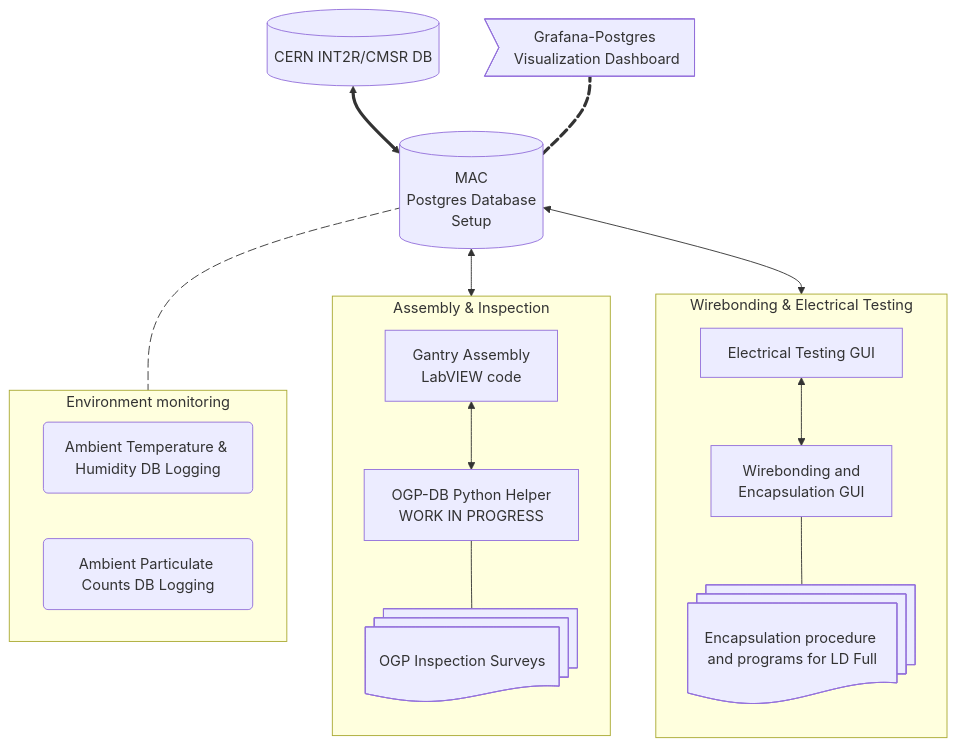
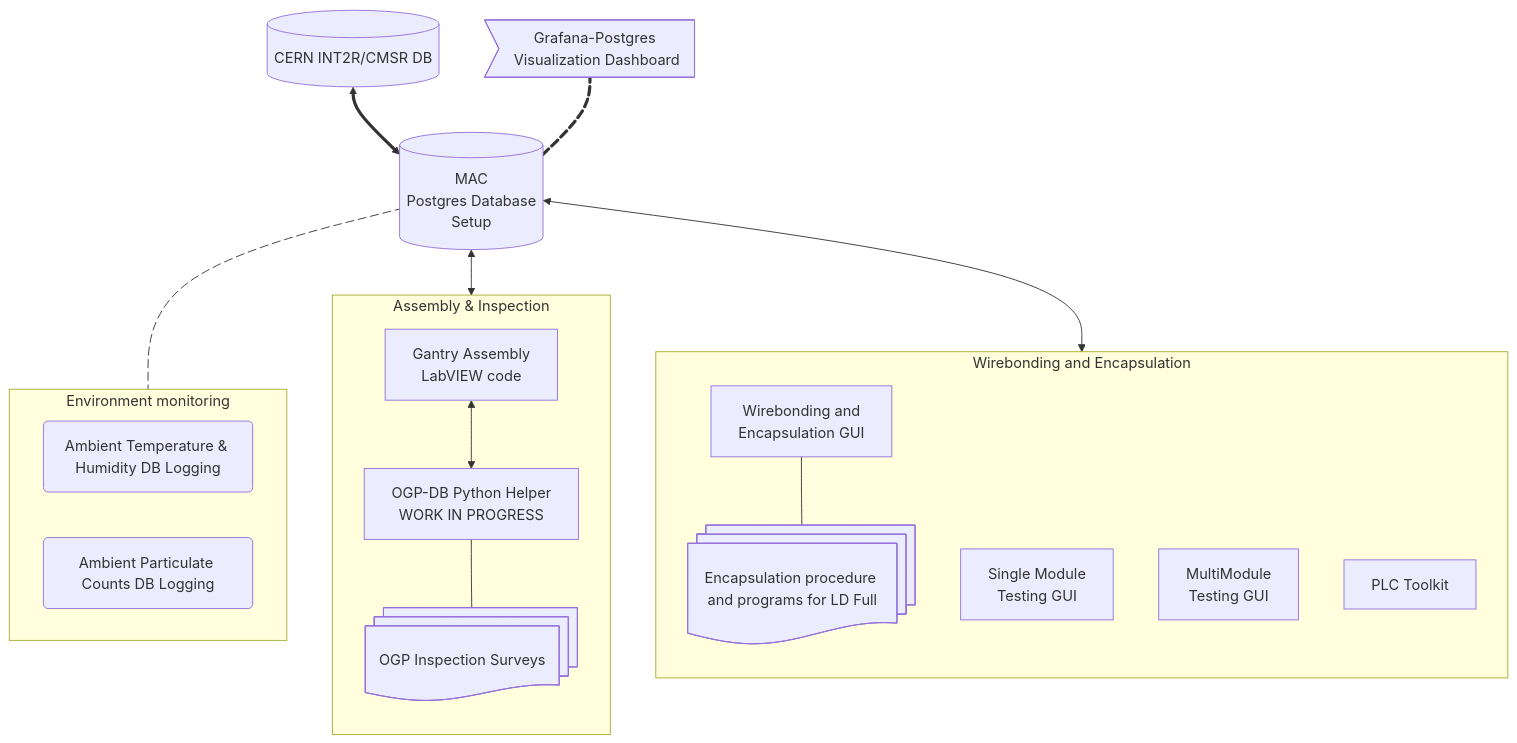
Before and after one commit to cmu-hgc-mac/.github: the diagram in profile/README.md, drawn with Mermaid.

````diff
--- a/profile/README.md
+++ b/profile/README.md
@@ -5,46 +5,55 @@
 ```mermaid
 graph TD
     
     subgraph AI [Assembly & Inspection]
         direction TB
         L[Gantry Assembly<br>LabVIEW code] <--> I[OGP-DB Python Helper<br>WORK IN PROGRESS]
         IS@{ shape: docs, label: "OGP Inspection Surveys" }
         I --- IS
 
     end
 
-    subgraph WET [Wirebonding & Electrical Testing]
+    subgraph WET [Wirebonding and Encapsulation]
         direction TB
-        T[Electrical Testing GUI] <--> W[Wirebonding and<br> Encapsulation GUI]
+        W[Wirebonding and<br> Encapsulation GUI]
         EP@{ shape: docs, label: "Encapsulation procedure and programs for LD Full" }
         W --- EP
+    end
+
+    subgraph WET [Electrical Testing]
+        direction TB
+        SMT[Single Module<br> Testing GUI]
+        MMT[MultiModule<br> Testing GUI]
+        PLC[PLC Toolkit]
     end
 
     subgraph EM [Environment monitoring]
         direction LR
         H(Ambient Temperature & Humidity DB Logging) 
         P(Ambient Particulate Counts DB Logging) 
     end
 
     K[(CERN INT2R/CMSR DB)] <==> A[(MAC<br>Postgres Database<br>Setup)]
     G>Grafana-Postgres Visualization Dashboard] e1@ === A
     A e2@--- EM
     A <--> AI
     A <--> WET
     
     click A href "https://github.com/cmu-hgc-mac/HGC_DB_postgres/"
     click I href "https://github.com/cmu-hgc-mac/HGC_OGP_DB"
     click L href "https://github.com/cmu-hgc-mac/Gantry"
     click W href "https://github.com/cmu-hgc-mac/wirebonder_gui"
-    click T href "https://gitlab.cern.ch/acrobert/hgcal-module-testing-gui/"
+    click SMT href "https://gitlab.cern.ch/acrobert/hgcal-module-testing-gui/"
+    click MMT href "https://github.com/ltsai323/MultiModuleTeststandUI/tree/main"
+    click PLC href "https://github.com/Xingfu23/PLC_toolkits_mqtt_NTU/tree/master"
     click K href "https://gitlab.cern.ch/groups/hgcal-database/-/issues"
     click G href "https://github.com/cmu-hgc-mac/grafana_hgcdb_dashboard"
     click P href "https://github.com/cmu-hgc-mac/ambient-particulate-counts"
     click H href "https://github.com/cmu-hgc-mac/ambient-temp-humidity"
     click EP href "https://github.com/cmu-hgc-mac/encapsulation"
     click IS href "https://github.com/cmu-hgc-mac/OGP-inspection-surveys"
     e1@{ animate: true }
     e2@{ animate: true }
     
 
 ```
````
